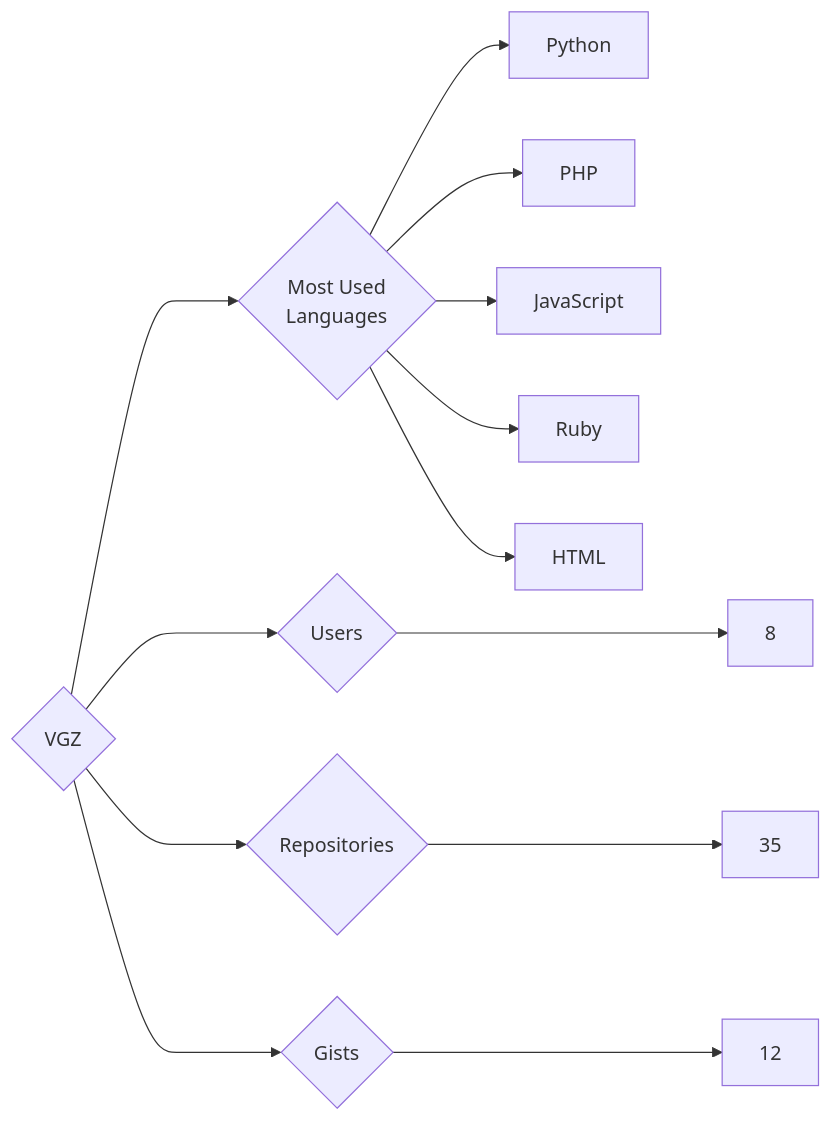
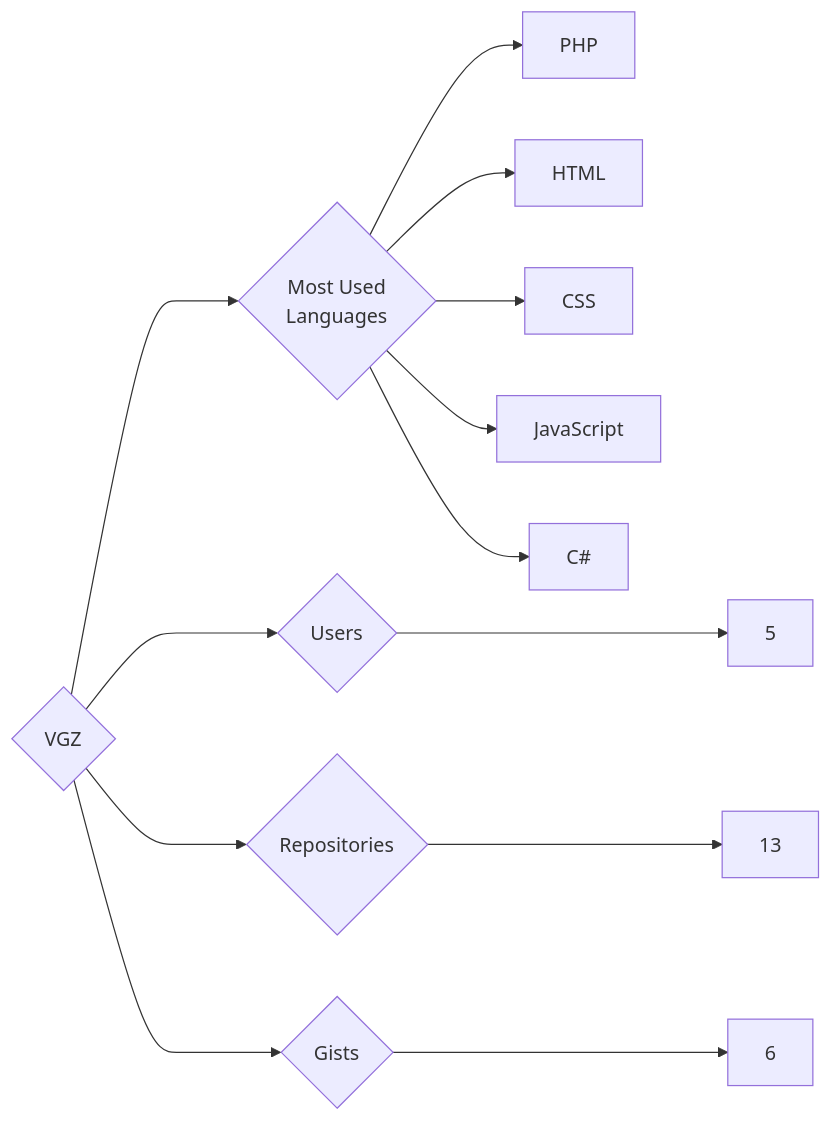
The diagram in targets/VGZ/README.md (trickest/insiders), drawn with Mermaid before and after one commit. The commit also changed 839 other files, not shown here.

````diff
--- a/targets/VGZ/README.md
+++ b/targets/VGZ/README.md
@@ -3,13 +3,13 @@
 ```mermaid
 graph LR
 COMPANY_NAME{VGZ}
-COMPANY_NAME ---> U{Users} ---> UN[8]
-COMPANY_NAME ---> R{Repositories} ---> RN[35]
-COMPANY_NAME ---> G{Gists} ---> GN[12]
+COMPANY_NAME ---> U{Users} ---> UN[5]
+COMPANY_NAME ---> R{Repositories} ---> RN[13]
+COMPANY_NAME ---> G{Gists} ---> GN[6]
 COMPANY_NAME ---> ML{Most Used<br>Languages}
-ML --> Python[Python]
 ML --> PHP[PHP]
+ML --> HTML[HTML]
+ML --> CSS[CSS]
 ML --> JavaScript[JavaScript]
-ML --> Ruby[Ruby]
-ML --> HTML[HTML]
+ML --> C#[C#]
 ```
````
